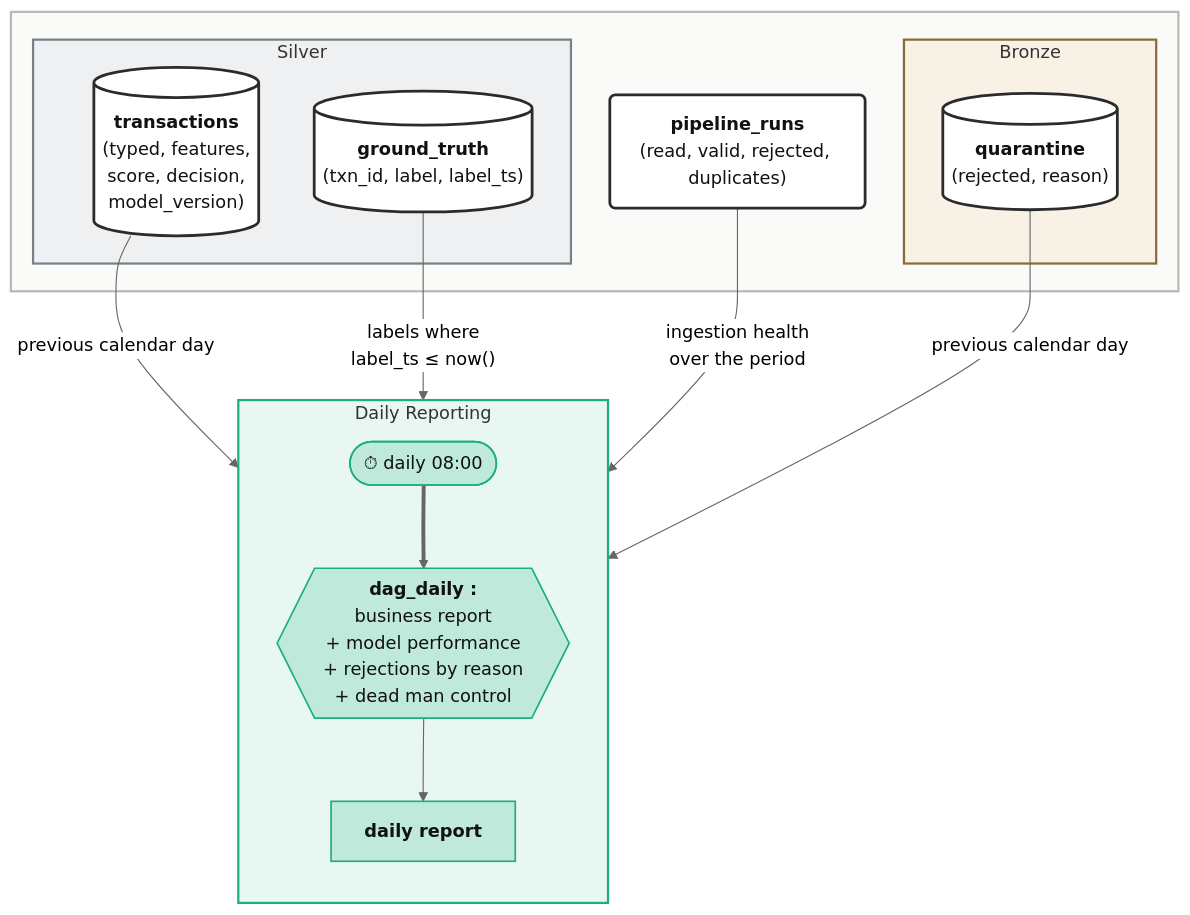
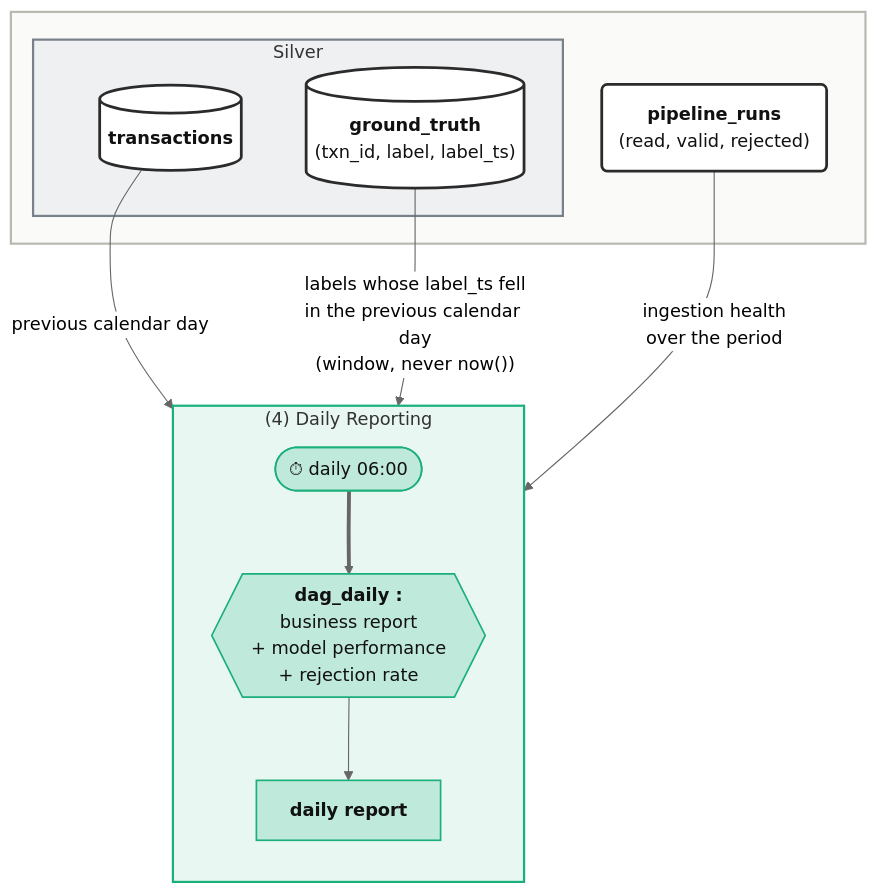
Before and after one commit to nicolaspichon-git/jedha-data-scientist-lead-bloc3--fraud-detection-project: the diagram in sources/diagrams/fraud-project--data-infrastructure--diagram-4.md, drawn with Mermaid (neutral theme). The commit also changed other lines of this file and 27 other files, not shown here.

````diff
--- a/sources/diagrams/fraud-project--data-infrastructure--diagram-4.md
+++ b/sources/diagrams/fraud-project--data-infrastructure--diagram-4.md
@@ -8,57 +8,49 @@
 ```mermaid
-flowchart TB
+flowchart TB	
+	subgraph G2["(4) Daily Reporting"]
+		direction TB
+		G2_T0(["⏱ daily 06:00"])
+		G2_DAY{{"<b>dag_daily :</b><br/>business report<br/>+ model performance<br/>+ rejection rate"}}
+		G2_RPT["<b>daily report</b>"]
+	end
+	
 	subgraph DL[" "]
-		subgraph BRONZE["Bronze"]
-			QRT[("<b>quarantine</b><br/>(rejected, reason)")]
-		end
 		subgraph SILVER["Silver"]
-			TXN[("<b>transactions</b><br/>(typed, features,<br/>score, decision,<br/>model_version)")]
-			GTS[("<b>ground_truth</b><br/>(txn_id, label, label_ts)")]
+			DL_TXN[("<b>transactions</b>")]
+			DL_GTS[("<b>ground_truth</b><br/>(txn_id, label, label_ts)")]
 		end
 		
-		RUNS("<b>pipeline_runs</b><br/>(read, valid, rejected, duplicates)")
-	end
-		
-	subgraph G2["Daily Reporting"]
-		direction TB
-		T2(["⏱ daily 08:00"])
-		DAY{{"<b>dag_daily :</b><br/>business report<br/>+ model performance<br/>+ rejections by reason<br/>+ dead man control"}}
-		REPORT["<b>daily report</b>"]
+		DL_RUNS("<b>pipeline_runs</b><br/>(read, valid, rejected)")
 	end
 	
     %% ---
     
 	DL ~~~ G2
 	
     %% ---------- Control flow ----------
-    T2 ==> DAY
+    G2_T0 ==> G2_DAY
 	
     %% ---------- Data flow ----------
-    TXN  -->|"previous calendar day"| DAY
-    GTS  -->|"labels where<br/>label_ts &le; now()"| DAY
-    DAY  --> REPORT
-    QRT  -->|"previous calendar day"| DAY
-    RUNS -->|"ingestion health<br/>over the period"| DAY
+    DL_TXN  -->|"previous calendar day"| G2_DAY
+    DL_GTS  -->|"labels whose label_ts fell<br/>in the previous calendar day<br/>(window, never now())"| G2_DAY
+    G2_DAY  --> G2_RPT
+    DL_RUNS -->|"ingestion health<br/>over the period"| G2_DAY
     
     %% ---------- Group colours (pale wash) ----------
     style DL     fill:#fafaf9,stroke:#b9b9b2,stroke-width:2px
     style G2     fill:#e8f7f2,stroke:#1baf7a,stroke-width:2px
     %% data layers : deliberately neutral, warm vs cool
-    style BRONZE fill:#f7f1e6,stroke:#8a6a3c,stroke-width:2px
     style SILVER fill:#eef0f2,stroke:#78808a,stroke-width:2px
     %% ---------- Nodes : same hue, more intense ----------
     classDef nG2  fill:#bfe9da,stroke:#1baf7a,stroke-width:1.5px,color:#111111
     class T1,API,POL,INGF,INGP,CHK,NOTIF,OPS nG1
-    %% simulation scaffolding : dashed border, absent from a real deployment
-    classDef demo fill:#ffffff,stroke:#8a6a3c,stroke-width:1.5px,stroke-dasharray:4 3,color:#333333
-    class DLY demo
-    class T2,DAY,PRG,REPORT nG2
+    class G2_T0,G2_DAY,PRG,G2_RPT nG2
 
     %% ---------- Shared stores : white, overriding the group colour ----------
     %% written and/or read by more than one pipeline
     classDef shared fill:#ffffff,stroke:#2b2b2b,stroke-width:2.5px,color:#111111
-    class RAW,QRT,GTS,TXN,RUNS,GOV shared
+    class DL_RAW,DL_QRT,DL_GTS,DL_TXN,DL_RUNS,DL_OPS shared
     %% cross-cutting policy, read by two pipelines
     classDef nPURGE fill:#e8e8e5,stroke:#8d8d86,stroke-width:1.5px,color:#111111
     class T4,PRG nPURGE
 ```
````
